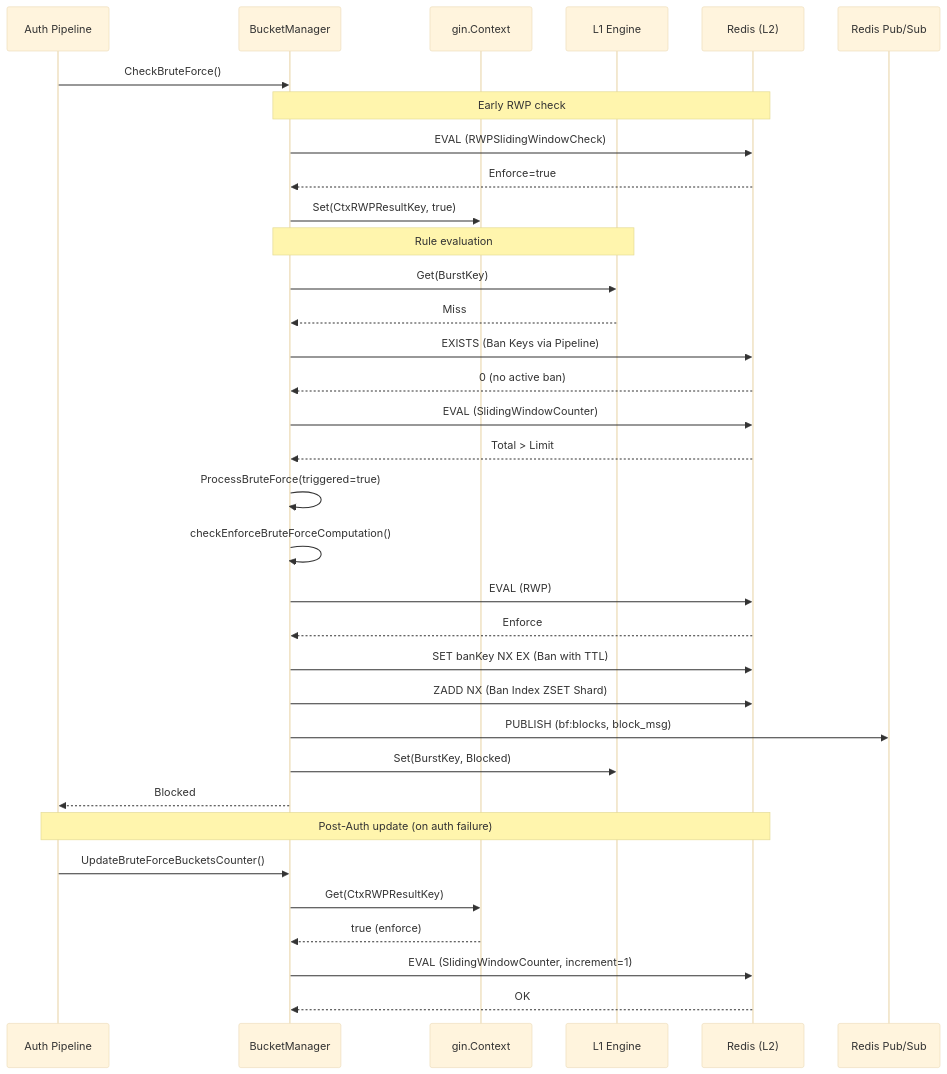
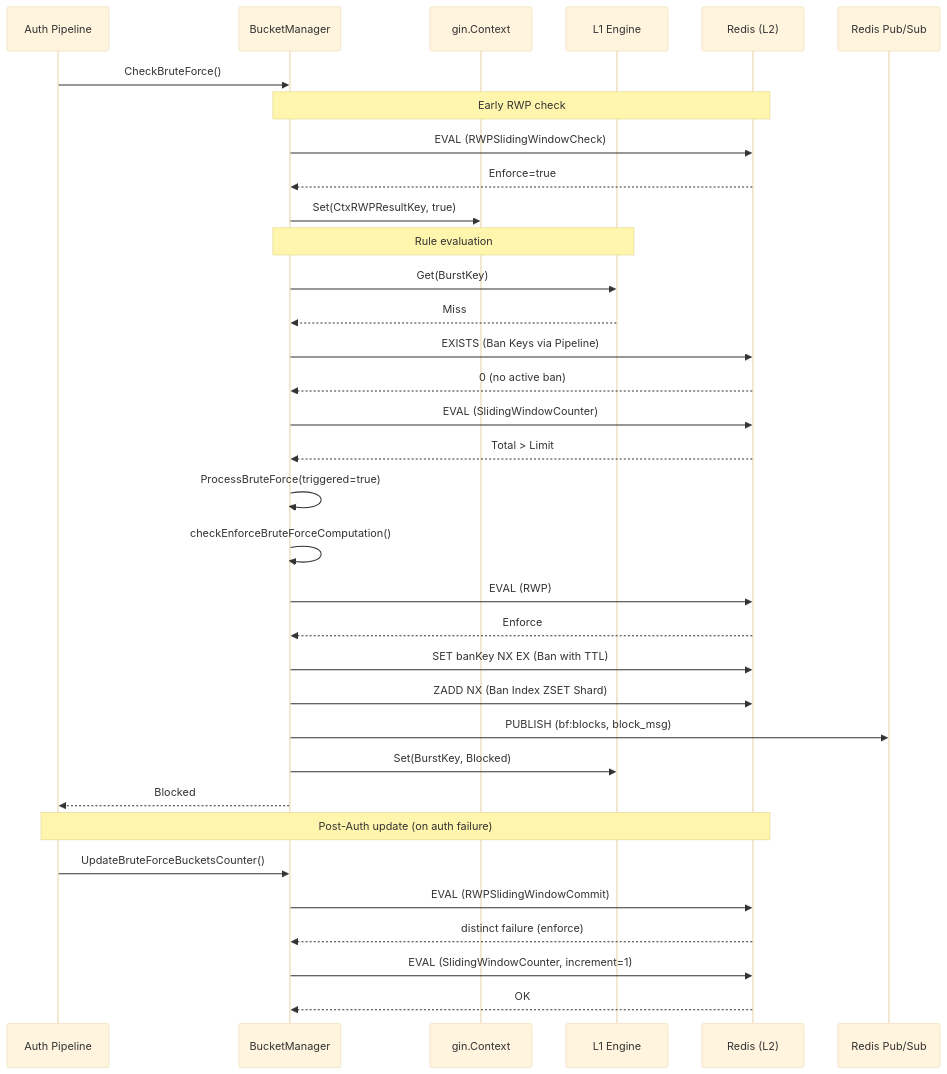
The third of 3 diagrams in server/docs/bruteforce_protection.md (croessner/nauthilus), drawn with Mermaid (base theme) before and after one commit. The commit also changed other lines of this file and 12 other files, not shown here.

````diff
--- a/server/docs/bruteforce_protection.md
+++ b/server/docs/bruteforce_protection.md
@@ -188,37 +173,37 @@
 ```mermaid
 sequenceDiagram
     participant C as Auth Pipeline
     participant BM as BucketManager
     participant Ctx as gin.Context
     participant L1 as L1 Engine
     participant R as Redis (L2)
     participant PS as Redis Pub/Sub
 
     C->>BM: CheckBruteForce()
     Note over BM, R: Early RWP check
     BM ->> R: EVAL (RWPSlidingWindowCheck)
     R -->> BM: Enforce=true
     BM ->> Ctx: Set(CtxRWPResultKey, true)
     Note over BM, L1: Rule evaluation
     BM->>L1: Get(BurstKey)
     L1-->>BM: Miss
     BM ->> R: EXISTS (Ban Keys via Pipeline)
     R -->> BM: 0 (no active ban)
     BM->>R: EVAL (SlidingWindowCounter)
     R-->>BM: Total > Limit
     BM->>BM: ProcessBruteForce(triggered=true)
     BM->>BM: checkEnforceBruteForceComputation()
     BM ->> R: EVAL (RWP)
     R-->>BM: Enforce
     BM ->> R: SET banKey NX EX (Ban with TTL)
     BM ->> R: ZADD NX (Ban Index ZSET Shard)
     BM->>PS: PUBLISH (bf:blocks, block_msg)
     BM->>L1: Set(BurstKey, Blocked)
     BM-->>C: Blocked
     Note over C, R: Post-Auth update (on auth failure)
     C ->> BM: UpdateBruteForceBucketsCounter()
-    BM ->> Ctx: Get(CtxRWPResultKey)
-    Ctx -->> BM: true (enforce)
+    BM ->> R: EVAL (RWPSlidingWindowCommit)
+    R -->> BM: distinct failure (enforce)
     BM ->> R: EVAL (SlidingWindowCounter, increment=1)
     R -->> BM: OK
 ```
````
